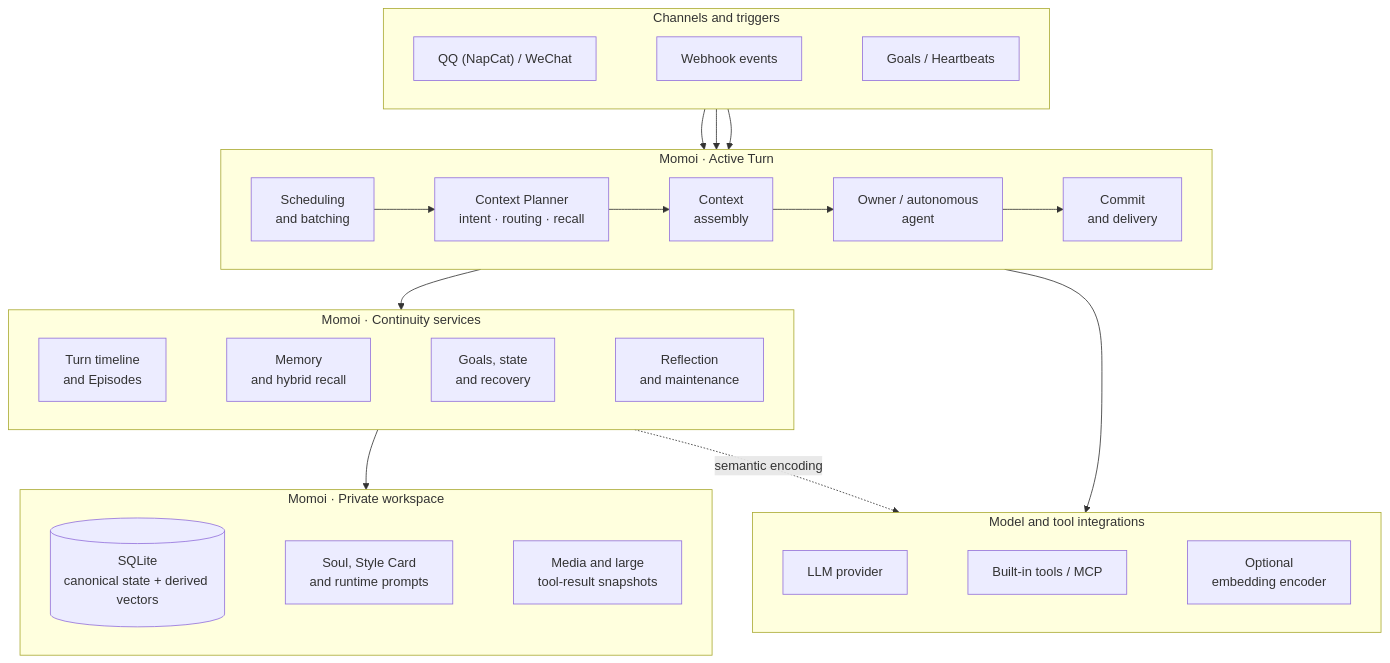
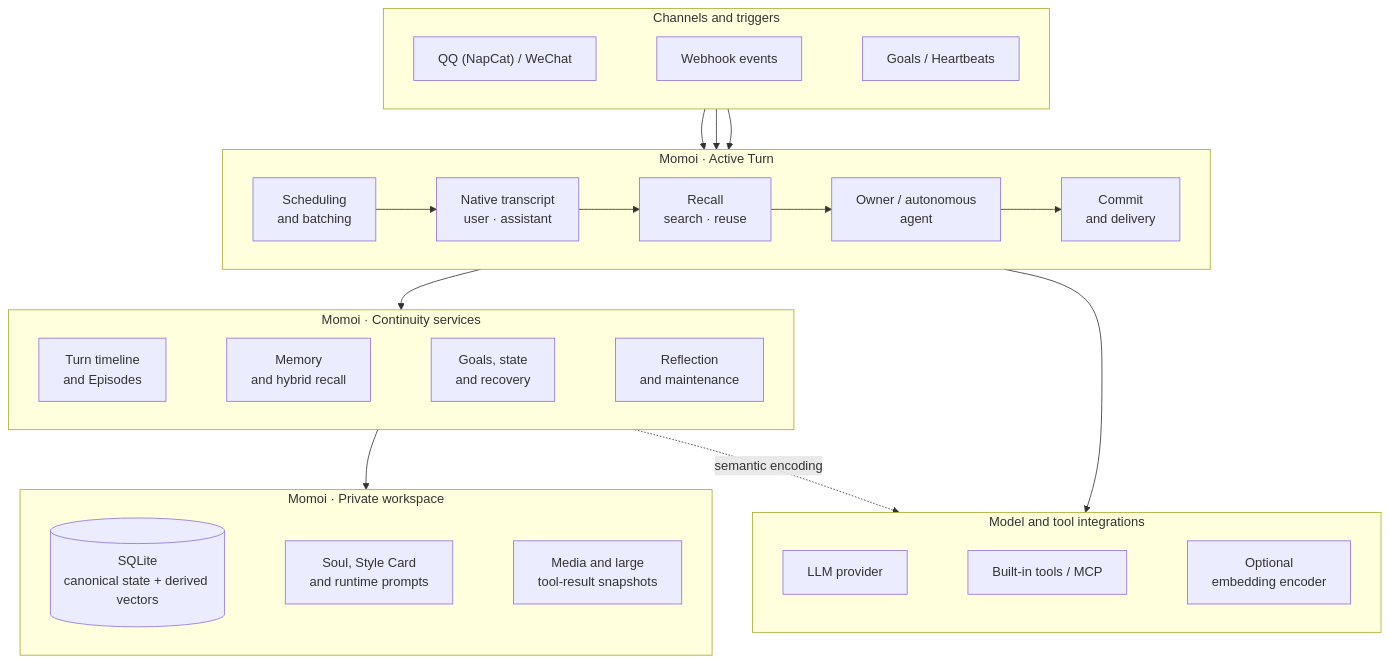
The first of 2 diagrams in README.md (RicterZ/Momoi), drawn with Mermaid before and after one commit. The commit also changed other lines of this file and 4 other files, not shown here.

First line of the commit message:
document native transcript and Owner recall

````diff
--- a/README.md
+++ b/README.md
@@ -47,53 +48,53 @@
 ```mermaid
 flowchart TB
   subgraph triggers["Channels and triggers"]
     direction LR
     chat["QQ (NapCat) / WeChat"]
     webhook["Webhook events"]
     clock["Goals / Heartbeats"]
     chat ~~~ webhook ~~~ clock
   end
 
   subgraph active["Momoi · Active Turn"]
     direction LR
     intake["Scheduling<br/>and batching"]
-    planner["Context Planner<br/>intent · routing · recall"]
-    context["Context<br/>assembly"]
+    transcript["Native transcript<br/>user · assistant"]
+    context["Recall<br/>search · reuse"]
     agent["Owner / autonomous<br/>agent"]
     delivery["Commit<br/>and delivery"]
-    intake --> planner --> context --> agent --> delivery
+    intake --> transcript --> context --> agent --> delivery
   end
 
   subgraph continuity["Momoi · Continuity services"]
     direction LR
     timeline["Turn timeline<br/>and Episodes"]
     memory["Memory<br/>and hybrid recall"]
     time["Goals, state<br/>and recovery"]
     upkeep["Reflection<br/>and maintenance"]
     timeline ~~~ memory ~~~ time ~~~ upkeep
   end
 
   subgraph workspace["Momoi · Private workspace"]
     direction LR
     sqlite[("SQLite<br/>canonical state + derived vectors")]
     prompts["Soul, Style Card<br/>and runtime prompts"]
     files["Media and large<br/>tool-result snapshots"]
     sqlite ~~~ prompts ~~~ files
   end
 
   subgraph external["Model and tool integrations"]
     direction LR
     llm["LLM provider"]
     tools["Built-in tools / MCP"]
     embedding["Optional<br/>embedding encoder"]
     llm ~~~ tools ~~~ embedding
   end
 
   chat --> intake
   webhook --> intake
   clock --> intake
   active --> continuity
   continuity --> workspace
   active --> external
   continuity -. "semantic encoding" .-> external
 ```
````
